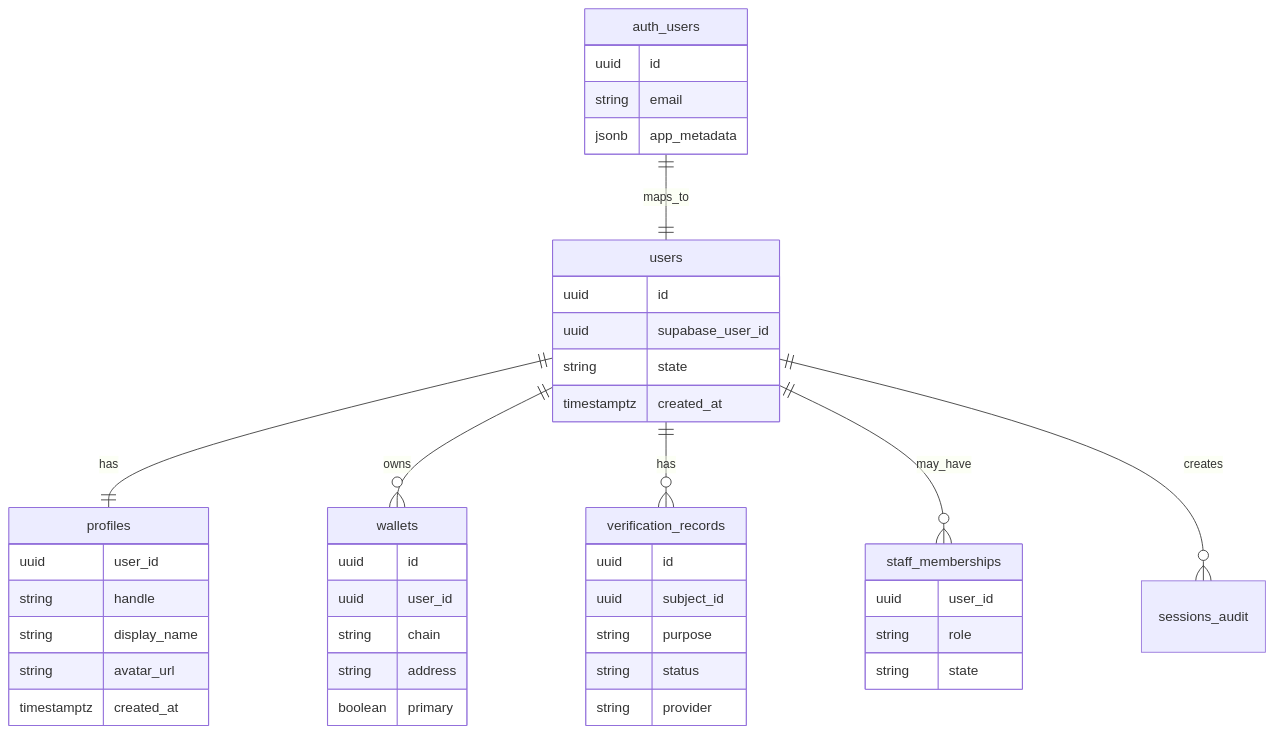
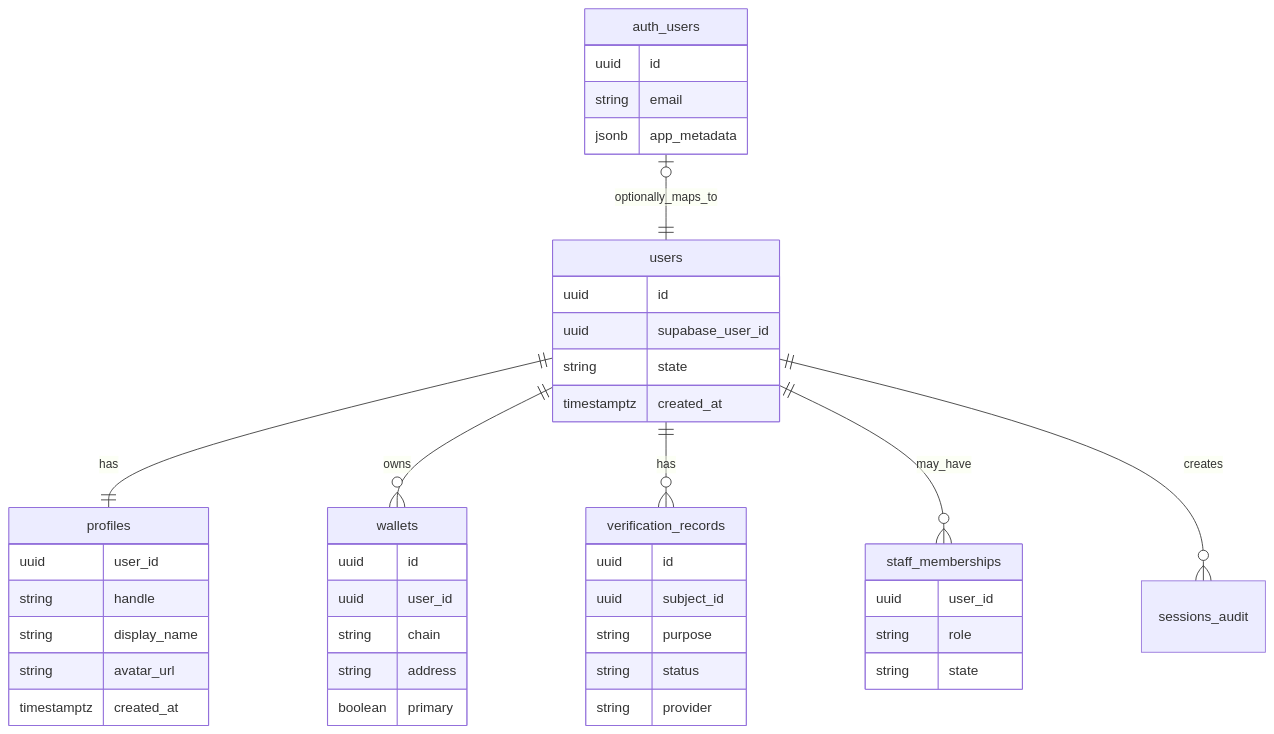
One commit to mariospeterman/VEEL-v2 changed the first of 2 diagrams in docs/v2-new-build/auth-supabase-realtime.md. Above: the diagram before and after it, drawn with Mermaid. The commit also changed other lines of this file and 54 other files, not shown here.

````diff
--- a/docs/v2-new-build/auth-supabase-realtime.md
+++ b/docs/v2-new-build/auth-supabase-realtime.md
@@ -31,47 +31,47 @@
 ```mermaid
 erDiagram
-  auth_users ||--|| users : maps_to
+  auth_users o|--|| users : optionally_maps_to
   users ||--|| profiles : has
   users ||--o{ wallets : owns
   users ||--o{ verification_records : has
   users ||--o{ staff_memberships : may_have
   users ||--o{ sessions_audit : creates
 
   auth_users {
     uuid id
     string email
     jsonb app_metadata
   }
   users {
     uuid id
     uuid supabase_user_id
     string state
     timestamptz created_at
   }
   profiles {
     uuid user_id
     string handle
     string display_name
     string avatar_url
     timestamptz created_at
   }
   staff_memberships {
     uuid user_id
     string role
     string state
   }
   wallets {
     uuid id
     uuid user_id
     string chain
     string address
     boolean primary
   }
   verification_records {
     uuid id
     uuid subject_id
     string purpose
     string status
     string provider
   }
 ```
````
